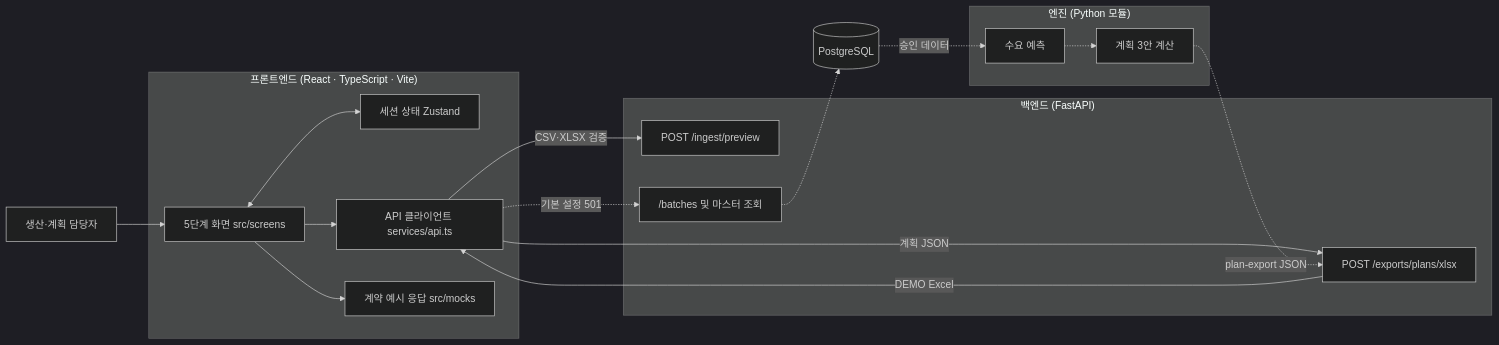
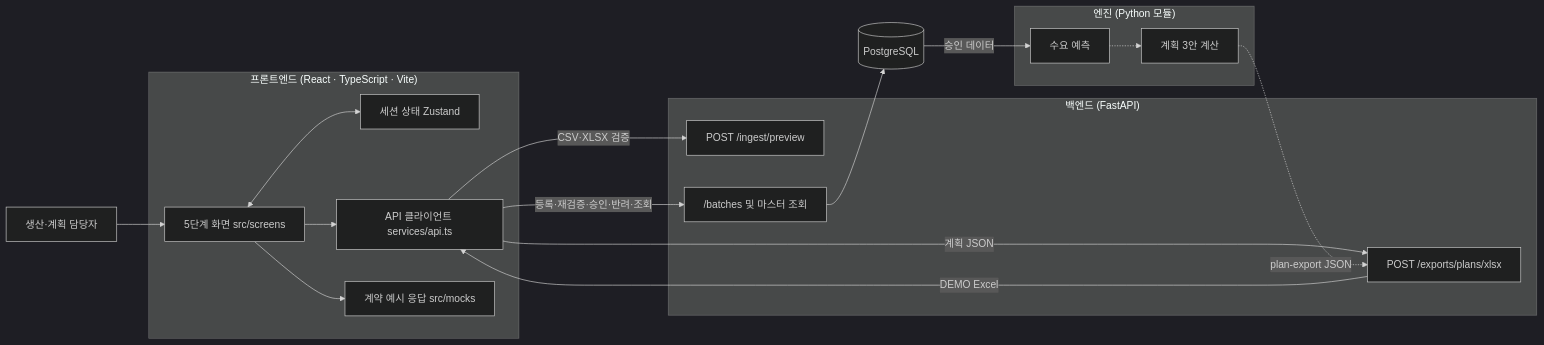
Before and after one commit to ChungPaMo/decision-supporter-frontend: the second of 13 diagrams in README.md, drawn with Mermaid (dark theme). The commit also changed other lines of this file and 16 other files, not shown here.

````diff
--- a/README.md
+++ b/README.md
@@ -86,36 +92,36 @@
 ```mermaid
 flowchart LR
   User["생산·계획 담당자"] --> UI
 
   subgraph Frontend["프론트엔드 (React · TypeScript · Vite)"]
     UI["5단계 화면 src/screens"]
     Store["세션 상태 Zustand"]
     Client["API 클라이언트 services/api.ts"]
     Mocks["계약 예시 응답 src/mocks"]
     UI <--> Store
     UI --> Client
     UI --> Mocks
   end
 
   subgraph Backend["백엔드 (FastAPI)"]
     Preview["POST /ingest/preview"]
     Export["POST /exports/plans/xlsx"]
     Batches["/batches 및 마스터 조회"]
   end
 
   subgraph Engine["엔진 (Python 모듈)"]
     Forecast["수요 예측"]
     Planner["계획 3안 계산"]
   end
 
   DB[("PostgreSQL")]
 
   Client -->|"CSV·XLSX 검증"| Preview
   Client -->|"계획 JSON"| Export
   Export -->|"DEMO Excel"| Client
-  Client -.->|"기본 설정 501"| Batches
-  Batches -.-> DB
-  DB -.->|"승인 데이터"| Forecast
+  Client -->|"등록·재검증·승인·반려·조회"| Batches
+  Batches --> DB
+  DB -->|"승인 데이터"| Forecast
   Forecast -.-> Planner
   Planner -.->|"plan-export JSON"| Export
 ```
````
